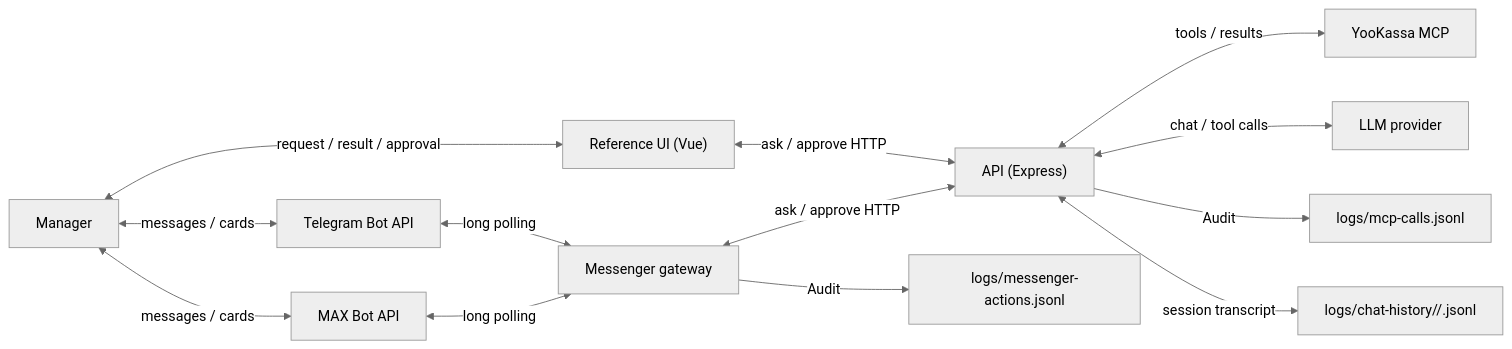
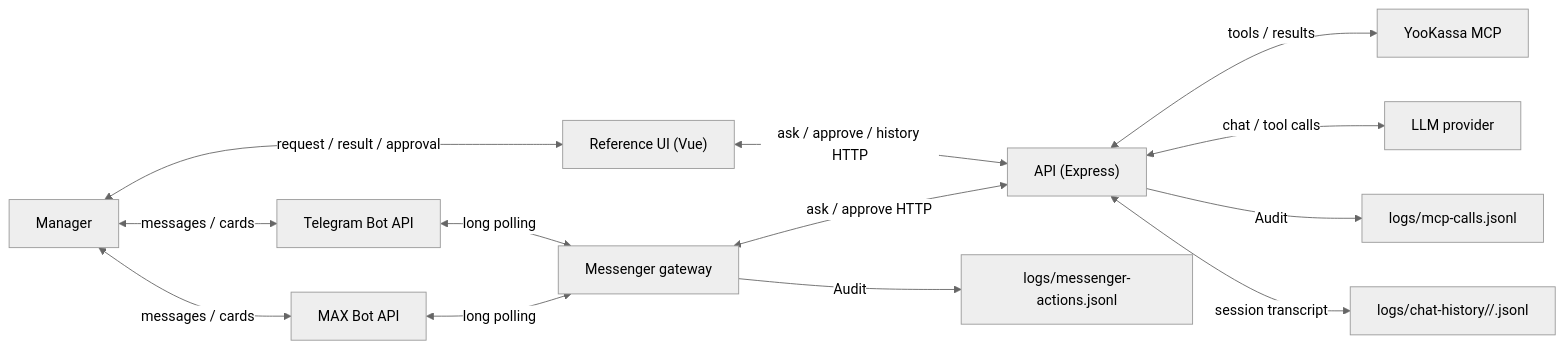
The diagram in docs/architecture.md (alekstar79/ykassa-mcp-integrator), drawn with Mermaid (neutral theme) before and after one commit. The commit also changed other lines of this file and 80 other files, not shown here.

````diff
--- a/docs/architecture.md
+++ b/docs/architecture.md
@@ -5,15 +5,15 @@
 ```mermaid
 flowchart LR
     Manager["Manager"] <-->|request / result / approval| UI["Reference UI (Vue)"]
-    UI <-->|ask / approve HTTP| API["API (Express)"]
+    UI <-->|ask / approve / history HTTP| API["API (Express)"]
     Manager <-->|messages / cards| TG["Telegram Bot API"]
     TG <-->|long polling| Gateway["Messenger gateway"]
     Manager <-->|messages / cards| MAX["MAX Bot API"]
     MAX <-->|long polling| Gateway
     Gateway <-->|ask / approve HTTP| API
     API <-->|tools / results| MCP["YooKassa MCP"]
     API <-->|chat / tool calls| LLM["LLM provider"]
     API -->|Audit| Logs["logs/mcp-calls.jsonl"]
     API <-->|session transcript| History["logs/chat-history/<client>/<session>.jsonl"]
     Gateway -->|Audit| MessengerLogs["logs/messenger-actions.jsonl"]
 ```
````
